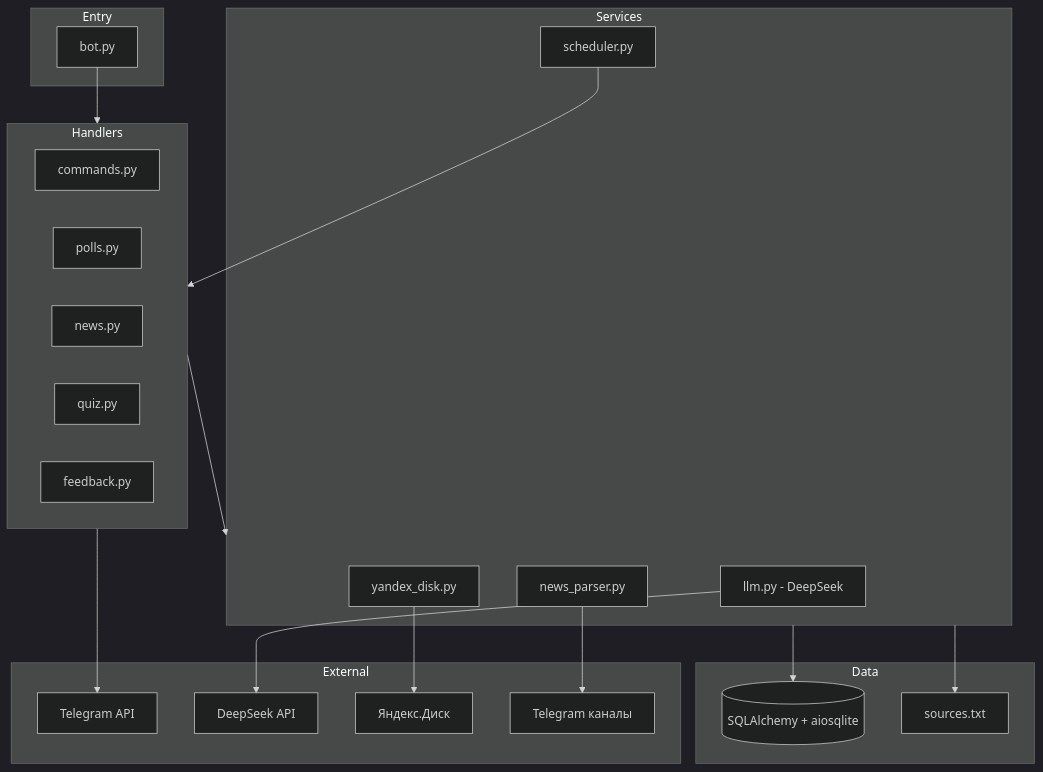
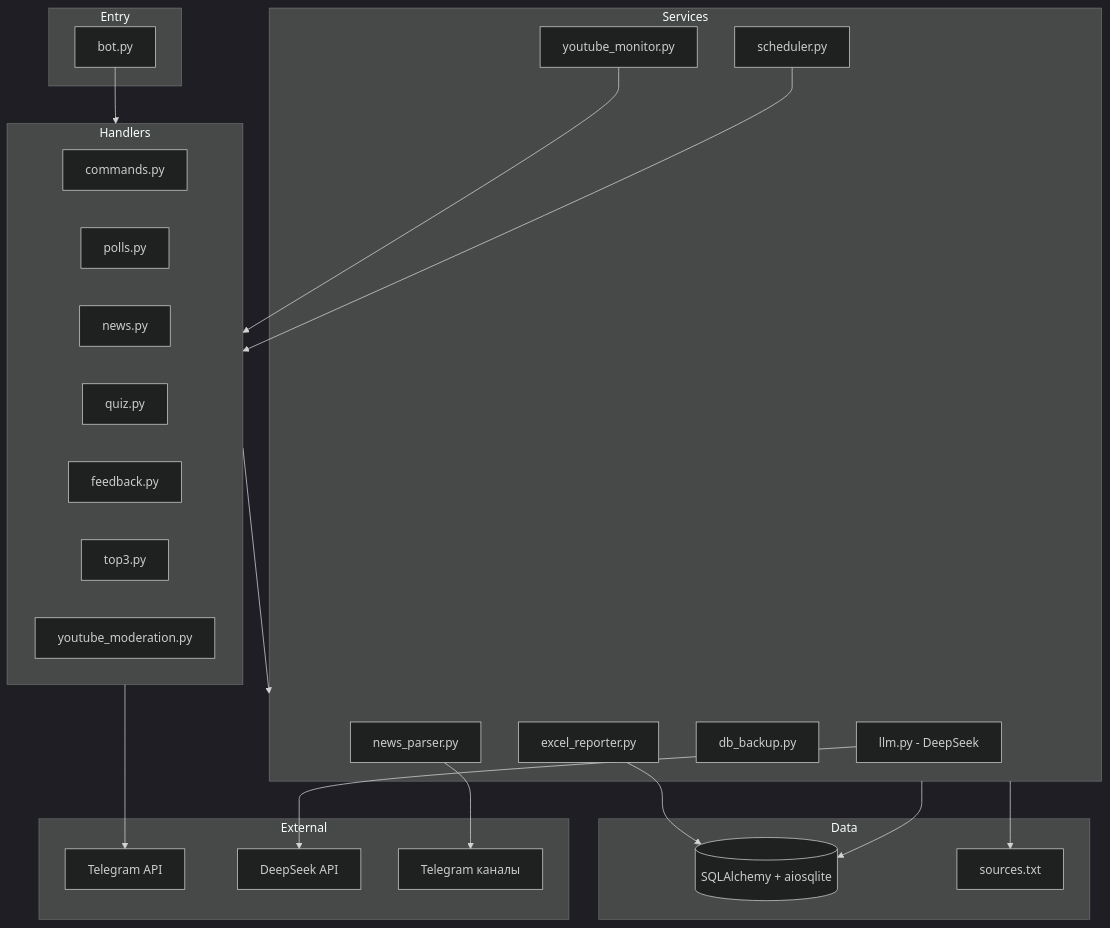
Before and after one commit to denisok-ai/RZDBadminton_Bot: the first of 3 diagrams in docs/Project.md, drawn with Mermaid (dark theme). The commit also changed other lines of this file and 53 other files, not shown here.

````diff
--- a/docs/Project.md
+++ b/docs/Project.md
@@ -173,43 +178,47 @@
 ```mermaid
 flowchart TB
     subgraph Entry
         bot[bot.py]
     end
 
     subgraph Handlers
         cmd[commands.py]
         polls[polls.py]
         news[news.py]
         quiz[quiz.py]
         fb[feedback.py]
+        top3[top3.py]
+        yt_mod[youtube_moderation.py]
     end
 
     subgraph Services
         llm[llm.py - DeepSeek]
-        disk[yandex_disk.py]
+        excel[excel_reporter.py]
         sched[scheduler.py]
+        backup[db_backup.py]
         parser[news_parser.py]
+        yt[youtube_monitor.py]
     end
 
     subgraph Data
         db[(SQLAlchemy + aiosqlite)]
         sources[sources.txt]
     end
 
     subgraph External
         tg[Telegram API]
         deepseek[DeepSeek API]
-        yadisk[Яндекс.Диск]
         channels[Telegram каналы]
     end
 
     bot --> Handlers
     Handlers --> Services
     Services --> db
     Services --> sources
     llm --> deepseek
-    disk --> yadisk
+    excel --> db
     parser --> channels
+    yt --> Handlers
     Handlers --> tg
     sched --> Handlers
 ```
````
